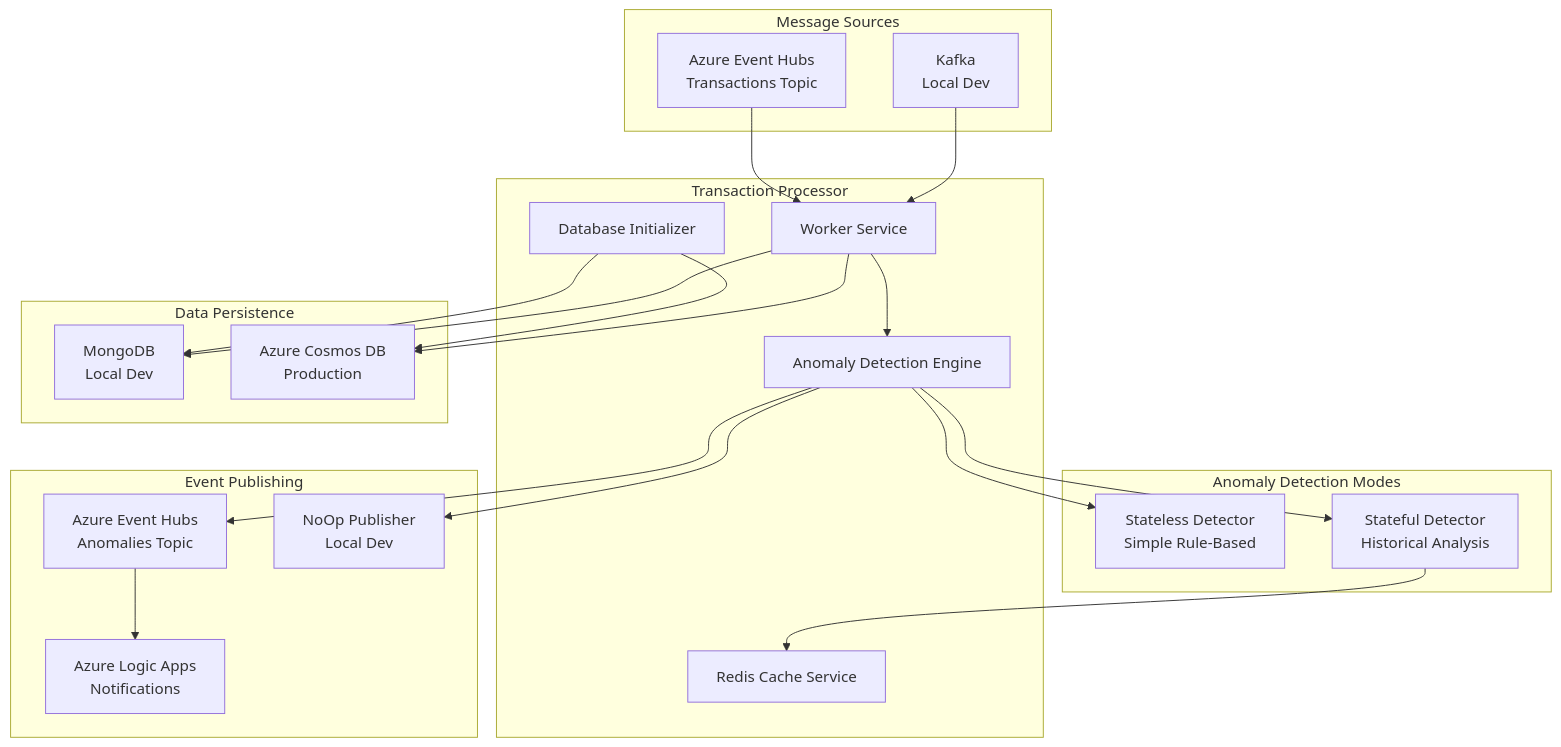
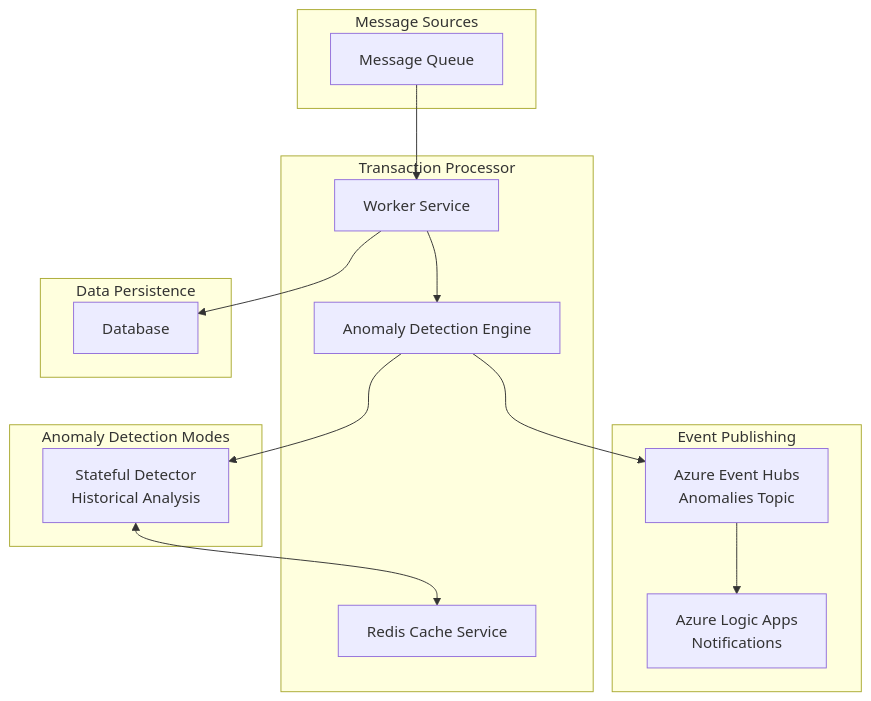
The diagram in docs/procesor-docs.md (JonathanHidalgoN/RealTimeTransactionMonitoring), drawn with Mermaid before and after one commit. The commit also changed 1 other file, not shown here.

Commit message:
Docs: Improve diagrams

````diff
--- a/docs/procesor-docs.md
+++ b/docs/procesor-docs.md
@@ -9,48 +9,36 @@
 ```mermaid
 graph TB
     subgraph "Message Sources"
-        KAFKA[Kafka<br/>Local Dev]
-        EH_IN[Azure Event Hubs<br/>Transactions Topic]
+        MSQ[Message Queue]
     end
 
     subgraph "Transaction Processor"
         WORKER[Worker Service]
         ANOMALY[Anomaly Detection Engine]
         CACHE[Redis Cache Service]
-        DB_INIT[Database Initializer]
     end
 
     subgraph "Anomaly Detection Modes"
-        STATELESS[Stateless Detector<br/>Simple Rule-Based]
         STATEFUL[Stateful Detector<br/>Historical Analysis]
     end
 
     subgraph "Data Persistence"
-        MONGO[MongoDB<br/>Local Dev]
-        COSMOS[Azure Cosmos DB<br/>Production]
+        DATABASE[Database]
     end
 
     subgraph "Event Publishing"
         EH_OUT[Azure Event Hubs<br/>Anomalies Topic]
-        NOOP[NoOp Publisher<br/>Local Dev]
         LOGIC[Azure Logic Apps<br/>Notifications]
     end
 
-    KAFKA --> WORKER
-    EH_IN --> WORKER
+    MSQ --> WORKER
 
     WORKER --> ANOMALY
-    ANOMALY --> STATELESS
     ANOMALY --> STATEFUL
-    STATEFUL --> CACHE
+    STATEFUL <--> CACHE
 
-    WORKER --> MONGO
-    WORKER --> COSMOS
+    WORKER --> DATABASE
 
     ANOMALY --> EH_OUT
-    ANOMALY --> NOOP
     EH_OUT --> LOGIC
-
-    DB_INIT --> MONGO
-    DB_INIT --> COSMOS
 ```
````
